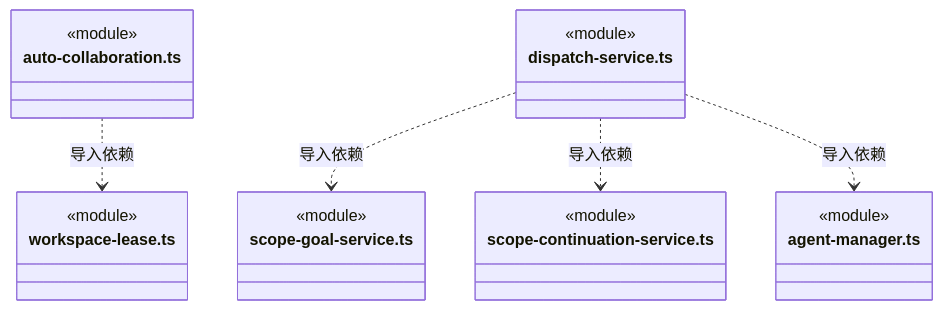
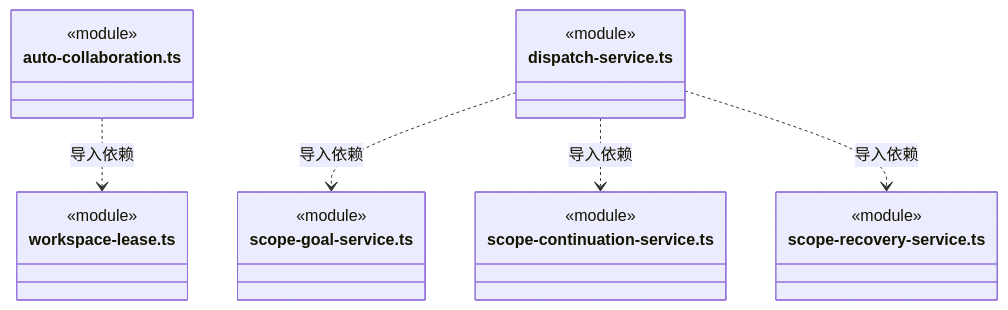
Before and after one commit to nan023062/cbim: diagram 30 of 36 in src/backend/scheduler-engine/execution/ARCHITECTURE.md, drawn with Mermaid. The commit also changed other lines of this file and 65 other files, not shown here.

````diff
--- a/src/backend/scheduler-engine/execution/ARCHITECTURE.md
+++ b/src/backend/scheduler-engine/execution/ARCHITECTURE.md
@@ -734,25 +807,25 @@
 ```mermaid
 classDiagram
 class N_src_backend_scheduler_engine_execution_auto_collaboration_ts["auto-collaboration.ts"] {
   <<module>>
 }
 class N_src_backend_scheduler_engine_execution_workspace_lease_ts["workspace-lease.ts"] {
   <<module>>
 }
 class N_src_backend_scheduler_engine_execution_dispatch_service_ts["dispatch-service.ts"] {
   <<module>>
 }
 class N_src_backend_scheduler_engine_execution_scope_goal_service_ts["scope-goal-service.ts"] {
   <<module>>
 }
 class N_src_backend_scheduler_engine_execution_scope_continuation_service_ts["scope-continuation-service.ts"] {
   <<module>>
 }
-class N_src_backend_scheduler_engine_execution_agent_manager_ts["agent-manager.ts"] {
+class N_src_backend_scheduler_engine_execution_scope_recovery_service_ts["scope-recovery-service.ts"] {
   <<module>>
 }
 N_src_backend_scheduler_engine_execution_auto_collaboration_ts ..> N_src_backend_scheduler_engine_execution_workspace_lease_ts : 导入依赖
 N_src_backend_scheduler_engine_execution_dispatch_service_ts ..> N_src_backend_scheduler_engine_execution_scope_goal_service_ts : 导入依赖
 N_src_backend_scheduler_engine_execution_dispatch_service_ts ..> N_src_backend_scheduler_engine_execution_scope_continuation_service_ts : 导入依赖
-N_src_backend_scheduler_engine_execution_dispatch_service_ts ..> N_src_backend_scheduler_engine_execution_agent_manager_ts : 导入依赖
+N_src_backend_scheduler_engine_execution_dispatch_service_ts ..> N_src_backend_scheduler_engine_execution_scope_recovery_service_ts : 导入依赖
 ```
````
